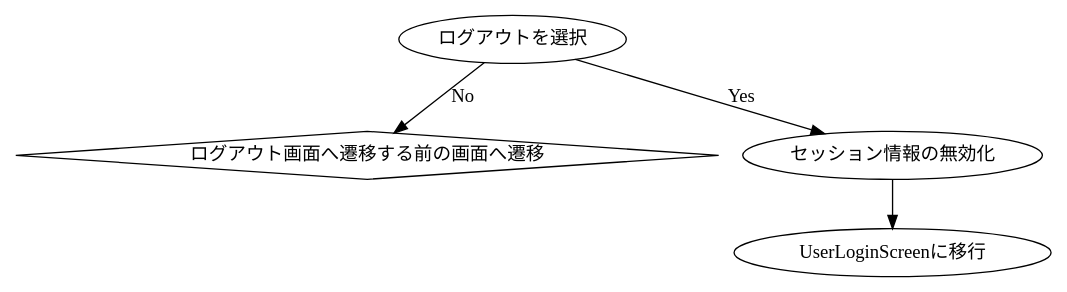
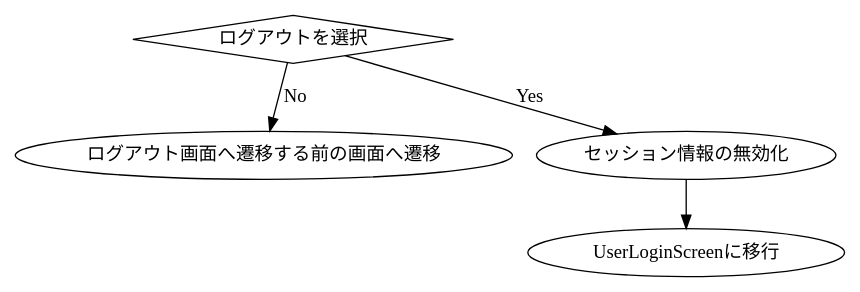
Before and after one commit to KUT-Group12/internal_design: the diagram in dot/marudemaru/UserLogout.dot, drawn with Graphviz. The commit also changed 5 other files, not shown here.

```diff
--- a/dot/marudemaru/UserLogout.dot
+++ b/dot/marudemaru/UserLogout.dot
@@ -1,13 +1,13 @@
 digraph G {
     #include "style.doth"
 
-    branch[label = "ログアウトを選択"]
-    no[label = "ログアウト画面へ遷移する前の画面へ遷移", shape = diamond]
+    branch[label = "ログアウトを選択", shape = diamond]
+    no[label = "ログアウト画面へ遷移する前の画面へ遷移"]
     yes[label = "セッション情報の無効化"]
     login[label = "UserLoginScreenに移行"]
 
 
     branch -> no [label = "No"]
     branch -> yes [label = "Yes"]
     yes -> login
 }
```
